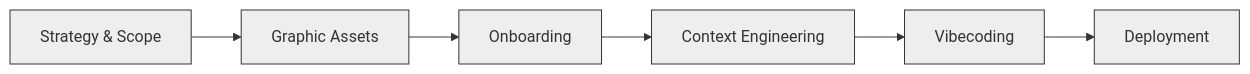
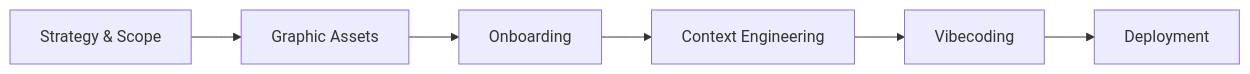
The diagram in README.md (acculturation-numerique-fr/landing-page), drawn with Mermaid before and after one commit.

Commit message:
docs: restore mermaid visibility and remove redundant strategy image

````diff
--- a/README.md
+++ b/README.md
@@ -43,15 +43,9 @@
 ```mermaid
 graph LR
     A[Strategy & Scope] --> B[Graphic Assets]
     B --> C[Onboarding]
     C --> D[Context Engineering]
     D --> E[Vibecoding]
     E --> F[Deployment]
     
-    style A fill:#eee,stroke:#333,stroke-width:1px
-    style B fill:#eee,stroke:#333,stroke-width:1px
-    style C fill:#eee,stroke:#333,stroke-width:1px
-    style D fill:#eee,stroke:#333,stroke-width:1px
-    style E fill:#eee,stroke:#333,stroke-width:1px
-    style F fill:#eee,stroke:#333,stroke-width:1px
 ```
````
